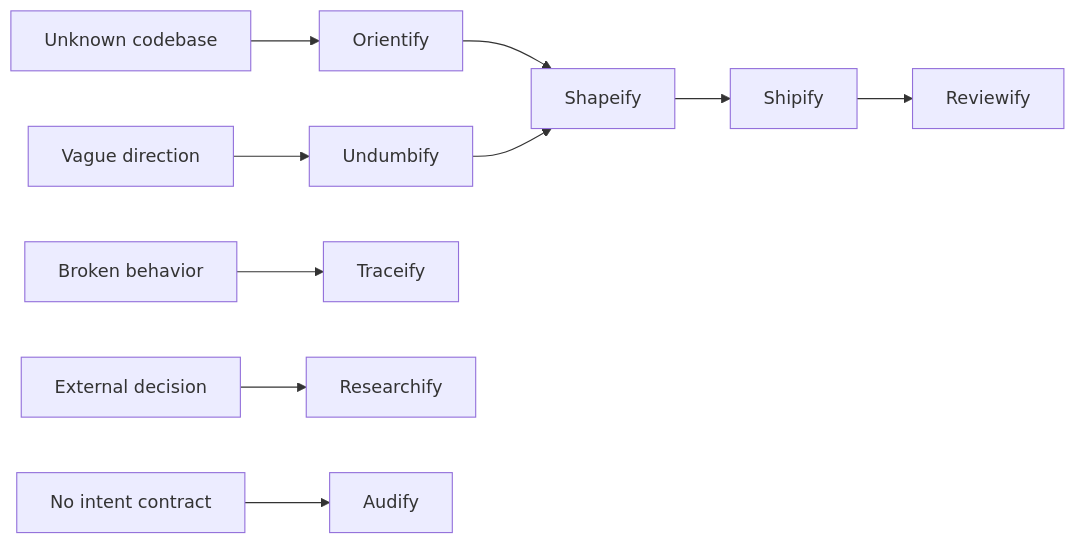
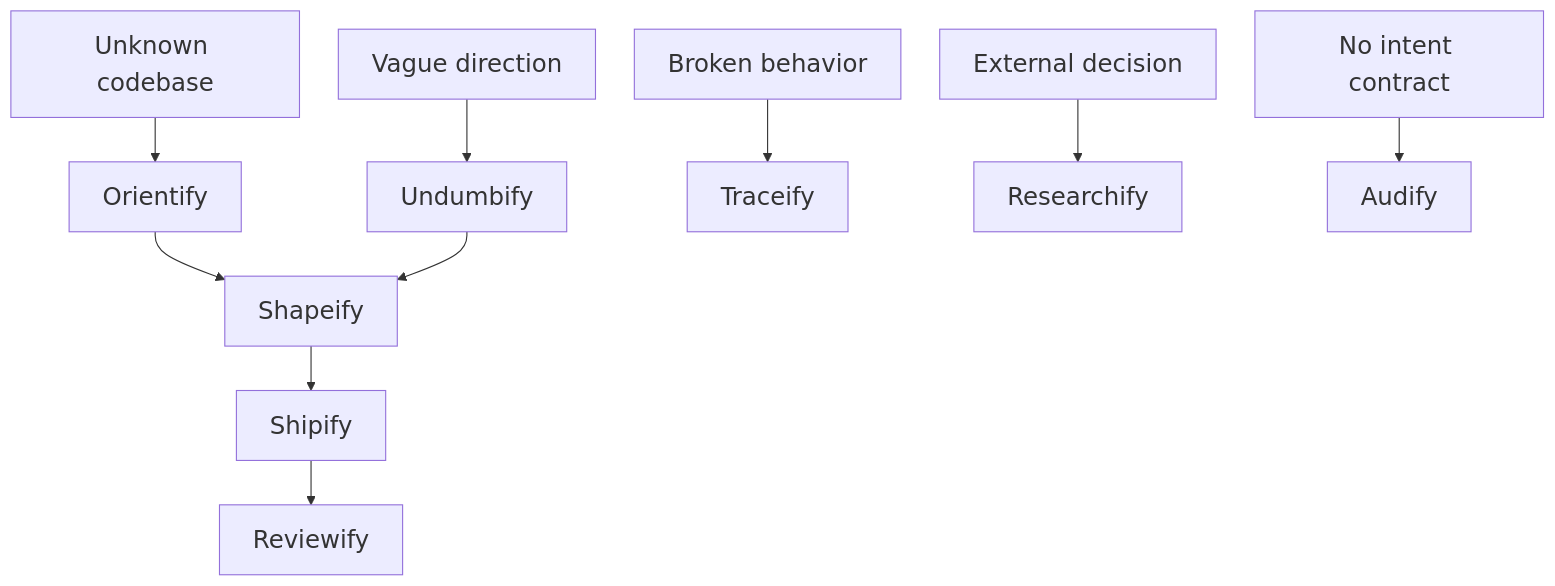
Before and after one commit to trykA123/skillify: the diagram in teaching/skillify/references/playbook.md, drawn with Mermaid. The commit also changed 26 other files, not shown here.

````diff
--- a/teaching/skillify/references/playbook.md
+++ b/teaching/skillify/references/playbook.md
@@ -54,8 +54,9 @@
 ```mermaid
-flowchart LR
+%%{init: {"themeVariables": {"fontSize": "22px"}, "flowchart": {"nodeSpacing": 35, "rankSpacing": 40}}}%%
+flowchart TB
     Unknown[Unknown codebase] --> Orientify --> Shapeify
     Vague[Vague direction] --> Undumbify --> Shapeify --> Shipify --> Reviewify
     Broken[Broken behavior] --> Traceify
     External[External decision] --> Researchify
     NoContract[No intent contract] --> Audify
 ```
````
